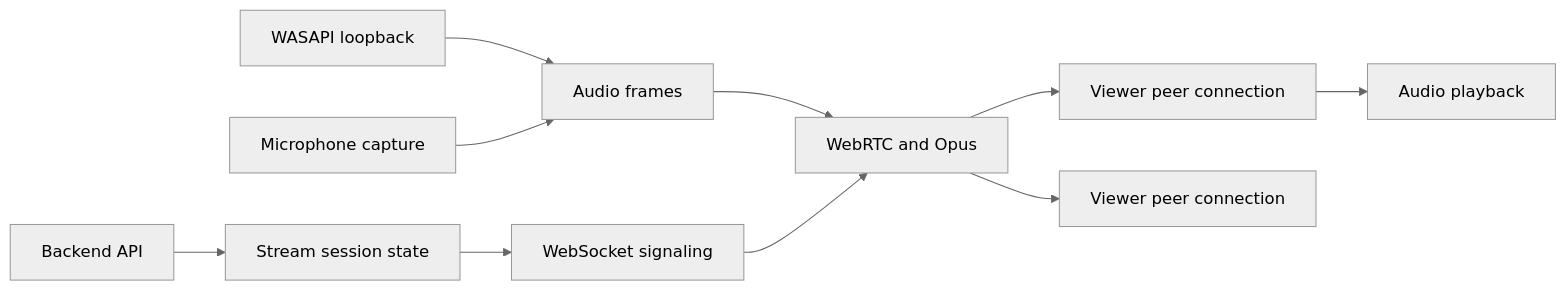
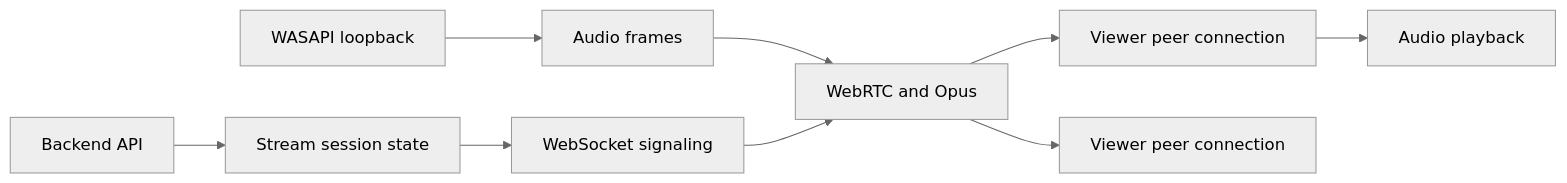
One commit to vitorhugo-dotnet/desktop_dotnet_SonicRelay changed the second of 2 diagrams in docs/architecture.md. Above: the diagram before and after it, drawn with Mermaid (neutral theme). The commit also changed other lines of this file and 17 other files, not shown here.

````diff
--- a/docs/architecture.md
+++ b/docs/architecture.md
@@ -37,12 +37,11 @@
 ```mermaid
 flowchart LR
     Wasapi[WASAPI loopback] --> Frames[Audio frames]
-    Mic[Microphone capture] --> Frames
     Frames --> WebRtc[WebRTC and Opus]
     Signaling[WebSocket signaling] --> WebRtc
     Api[Backend API] --> Session[Stream session state]
     Session --> Signaling
     WebRtc --> PeerA[Viewer peer connection]
     WebRtc --> PeerB[Viewer peer connection]
     PeerA --> Playback[Audio playback]
 ```
````
